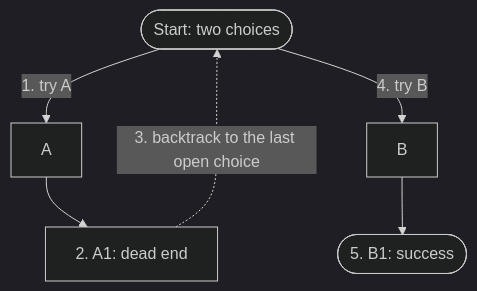
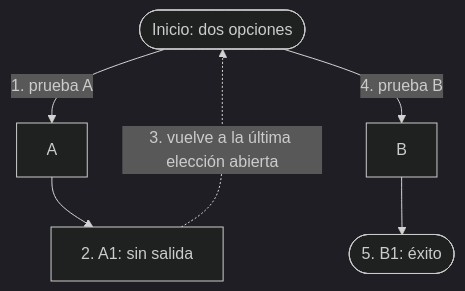
Before and after one commit to dullroar/aprende-a-programar-como-un-bicho-raro: the diagram in lessons/cs-source/concepts/backtracking.md, drawn with Mermaid (dark theme). The commit also changed other lines of this file and 43 other files, not shown here.

````diff
--- a/lessons/cs-source/concepts/backtracking.md
+++ b/lessons/cs-source/concepts/backtracking.md
@@ -8,10 +8,10 @@
 ```mermaid
 flowchart TB
-    accTitle: Backtracking searches by trying one path and retreating to the last open choice when the path fails
-    accDescr: A small search tree. From the start there are two choices, A and B. Step 1, the search tries A and goes to A1. Step 2, A1 is a dead end. Step 3, the search backtracks to the start, the last choice with an alternative left, shown as a dotted arrow. Step 4, it tries B and goes to B1. Step 5, B1 succeeds.
-    S(["Start: two choices"]) -->|"1. try A"| A["A"]
-    A --> A1["2. A1: dead end"]
-    A1 -.->|"3. backtrack to the last open choice"| S
-    S -->|"4. try B"| B["B"]
-    B --> B1(["5. B1: success"])
+    accTitle: El retroceso prueba un camino y, si este falla, vuelve a la última elección con alternativas
+    accDescr: Un árbol de búsqueda pequeño. Desde el inicio hay dos opciones, A y B. Paso 1: la búsqueda prueba A y va a A1. Paso 2: A1 no tiene salida. Paso 3: la búsqueda retrocede al inicio, la última elección con una alternativa pendiente. Una flecha punteada indica ese retroceso. Paso 4: prueba B y va a B1. Paso 5: B1 tiene éxito.
+    S(["Inicio: dos opciones"]) -->|"1. prueba A"| A["A"]
+    A --> A1["2. A1: sin salida"]
+    A1 -.->|"3. vuelve a la última elección abierta"| S
+    S -->|"4. prueba B"| B["B"]
+    B --> B1(["5. B1: éxito"])
 ```
````
